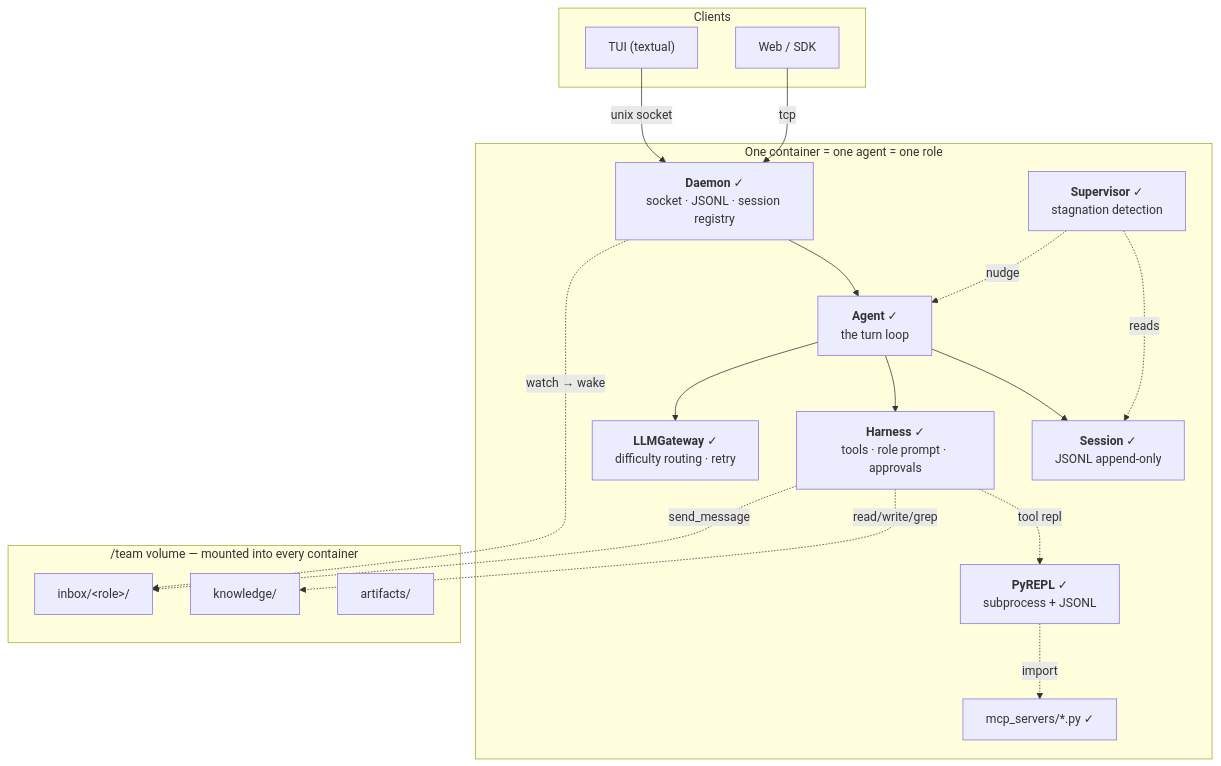
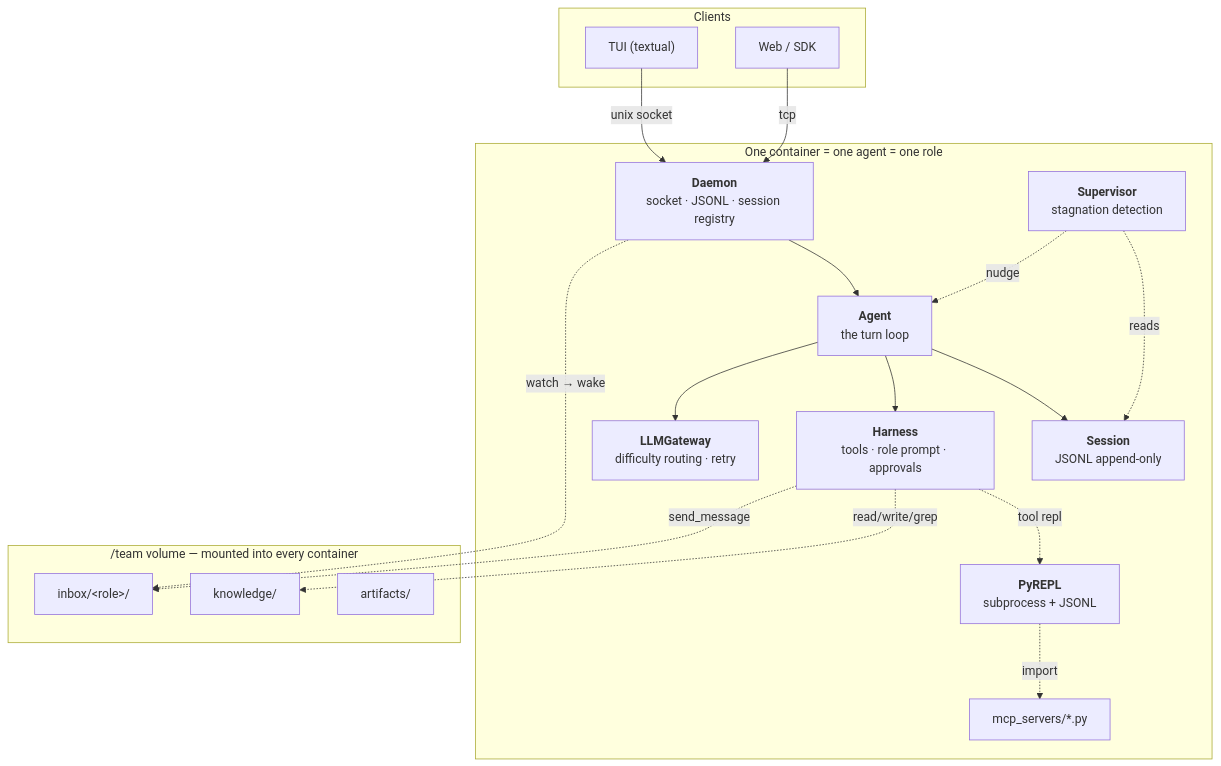
Before and after one commit to Ming-doan/stcode: the diagram in CLAUDE.md, drawn with Mermaid. The commit also changed other lines of this file and 64 other files, not shown here.

````diff
--- a/CLAUDE.md
+++ b/CLAUDE.md
@@ -132,38 +90,38 @@
 ```mermaid
 flowchart TB
     subgraph clients["Clients"]
         tui["TUI (textual)"]
         web["Web / SDK"]
     end
 
     subgraph container["One container = one agent = one role"]
-        daemon["<b>Daemon</b> ✓<br/>socket · JSONL · session registry"]
-        agent["<b>Agent</b> ✓<br/>the turn loop"]
-        sup["<b>Supervisor</b> ✓<br/>stagnation detection"]
-        sess["<b>Session</b> ✓<br/>JSONL append-only"]
-        harn["<b>Harness</b> ✓<br/>tools · role prompt · approvals"]
-        gw["<b>LLMGateway</b> ✓<br/>difficulty routing · retry"]
-        repl["<b>PyREPL</b> ✓<br/>subprocess + JSONL"]
+        daemon["<b>Daemon</b><br/>socket · JSONL · session registry"]
+        agent["<b>Agent</b><br/>the turn loop"]
+        sup["<b>Supervisor</b><br/>stagnation detection"]
+        sess["<b>Session</b><br/>JSONL append-only"]
+        harn["<b>Harness</b><br/>tools · role prompt · approvals"]
+        gw["<b>LLMGateway</b><br/>difficulty routing · retry"]
+        repl["<b>PyREPL</b><br/>subprocess + JSONL"]
 
         daemon --> agent
         agent --> sess
         agent --> harn
         agent --> gw
         sup -.->|reads| sess
         sup -.->|nudge| agent
         harn -.->|tool repl| repl
-        repl -.->|import| mcpcode["mcp_servers/*.py ✓"]
+        repl -.->|import| mcpcode["mcp_servers/*.py"]
     end
 
     subgraph vol["/team volume — mounted into every container"]
         know["knowledge/"]
         inbox["inbox/&lt;role&gt;/"]
         arte["artifacts/"]
     end
 
     tui -->|unix socket| daemon
     web -->|tcp| daemon
     harn -.->|read/write/grep| know
     harn -.->|send_message| inbox
     daemon -.->|watch → wake| inbox
 ```
````
